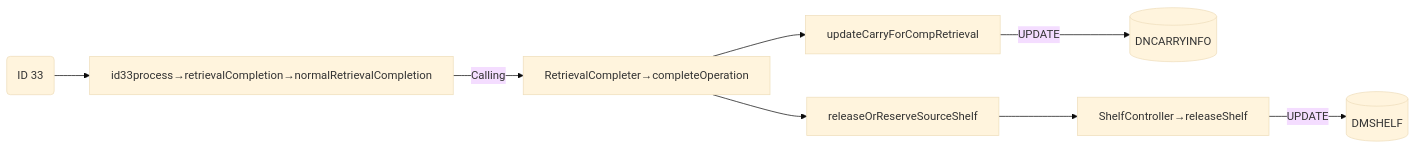
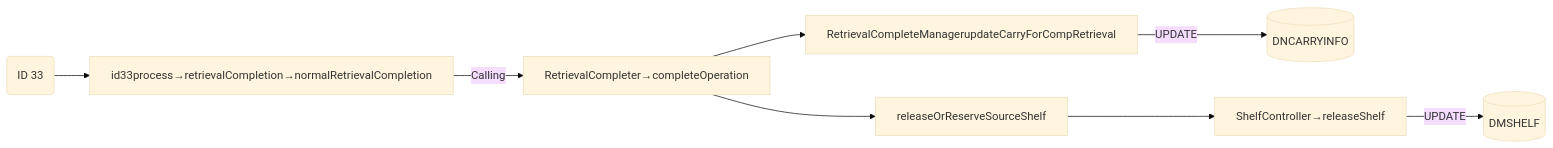
One commit to luthfiadityaa/SimeDarby-Wiki changed the ninth of 19 diagrams in Basic-Design/DFD-WMS/Retrieval/Specific-Location-Retrieval-Setting.md. Above: the diagram before and after it, drawn with Mermaid (base theme).

Commit message:
Updated Specific Location Retrieval Setting

```diff
--- a/Basic-Design/DFD-WMS/Retrieval/Specific-Location-Retrieval-Setting.md
+++ b/Basic-Design/DFD-WMS/Retrieval/Specific-Location-Retrieval-Setting.md
@@ -429,22 +429,22 @@
 ::: mermaid
 flowchart LR
 
 id33("
 ID 33
 ")
 
 id33-update[("
 DMSHELF
 ")]
 
 id33-update2[("
 DNCARRYINFO
 ")]
 
 id33-->P1[id33process→retrievalCompletion→normalRetrievalCompletion]
 P1--> |Calling| P2[RetrievalCompleter→completeOperation]
 P4[releaseOrReserveSourceShelf]
-P5[updateCarryForCompRetrieval]
+P5[RetrievalCompleteManagerupdateCarryForCompRetrieval]
 P2-->P4-->P3[ShelfController→releaseShelf]--> |UPDATE| id33-update
 P2-->P5-->|UPDATE| id33-update2
 :::
```
